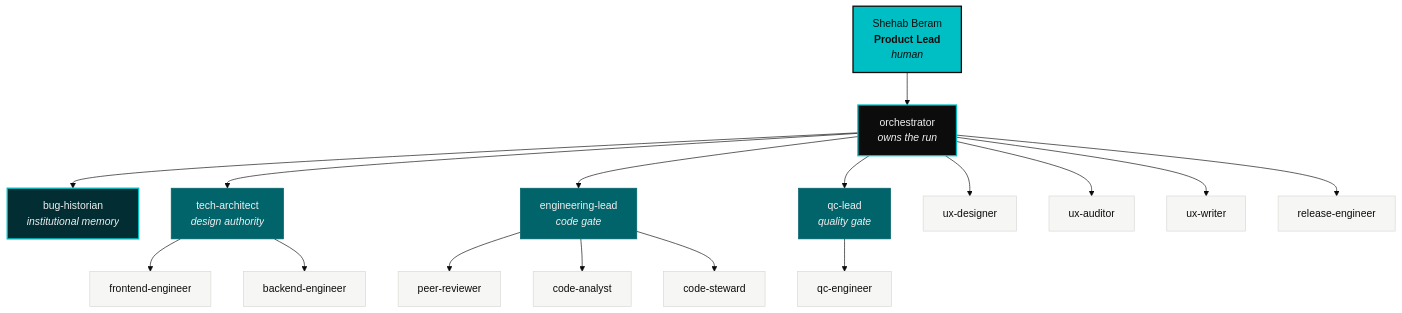
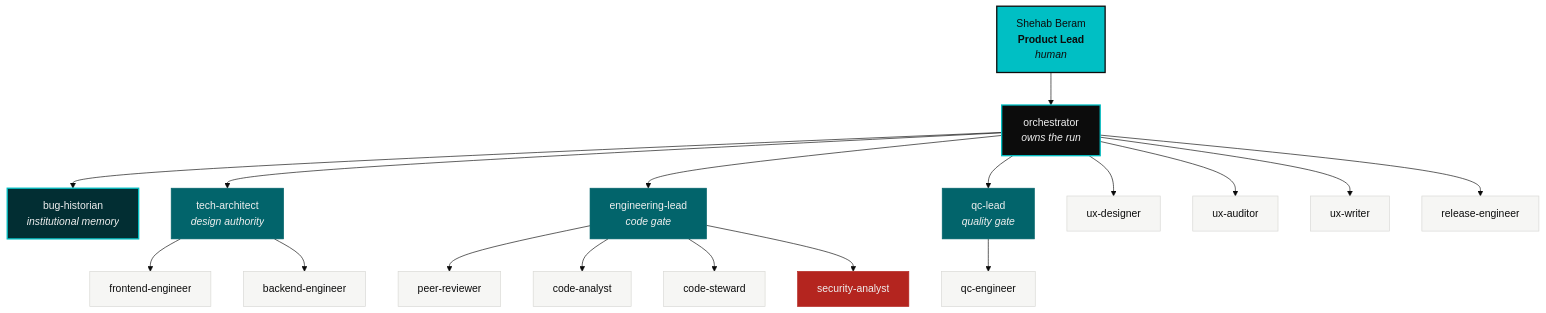
One commit to Shehabov/actio changed the first of 2 diagrams in docs/TEAM.md. Above: the diagram before and after it, drawn with Mermaid (base theme). The commit also changed other lines of this file and 20 other files, not shown here.

````diff
--- a/docs/TEAM.md
+++ b/docs/TEAM.md
@@ -13,50 +13,53 @@
 ```mermaid
 flowchart TD
   SHEHAB["Shehab Beram<br/><b>Product Lead</b><br/><i>human</i>"]:::human
 
   ORC["orchestrator<br/><i>owns the run</i>"]:::lead
   BH["bug-historian<br/><i>institutional memory</i>"]:::mem
 
   ARCH["tech-architect<br/><i>design authority</i>"]:::l2
   ENGL["engineering-lead<br/><i>code gate</i>"]:::l2
   QCL["qc-lead<br/><i>quality gate</i>"]:::l2
 
   UXD["ux-designer"]:::design
   UXA["ux-auditor"]:::design
   UXW["ux-writer"]:::design
 
   FE["frontend-engineer"]:::eng
   BE["backend-engineer"]:::eng
   PR["peer-reviewer"]:::eng
   CA["code-analyst"]:::eng
   CS["code-steward"]:::eng
+  SEC["security-analyst"]:::sec
 
   QCE["qc-engineer"]:::qc
   REL["release-engineer"]:::rel
 
   SHEHAB --> ORC
   ORC --> BH
   ORC --> ARCH
   ORC --> ENGL
   ORC --> QCL
   ORC --> UXD
   ORC --> UXA
   ORC --> UXW
   ORC --> REL
 
   ARCH --> FE
   ARCH --> BE
   ENGL --> PR
   ENGL --> CA
   ENGL --> CS
+  ENGL --> SEC
   QCL --> QCE
 
   classDef human fill:#00BFC4,stroke:#0C0C0C,stroke-width:2px,color:#0C0C0C
   classDef lead fill:#0C0C0C,stroke:#00BFC4,stroke-width:2px,color:#EFEFEF
   classDef mem fill:#022E33,stroke:#00BFC4,stroke-width:2px,color:#EFEFEF
+  classDef sec fill:#B4251F,stroke:#B4251F,color:#EFEFEF
   classDef l2 fill:#02646B,stroke:#02646B,color:#EFEFEF
   classDef design fill:#F6F6F4,stroke:#D8D8D4,color:#0C0C0C
   classDef eng fill:#F6F6F4,stroke:#D8D8D4,color:#0C0C0C
   classDef qc fill:#F6F6F4,stroke:#D8D8D4,color:#0C0C0C
   classDef rel fill:#F6F6F4,stroke:#D8D8D4,color:#0C0C0C
 ```
````
